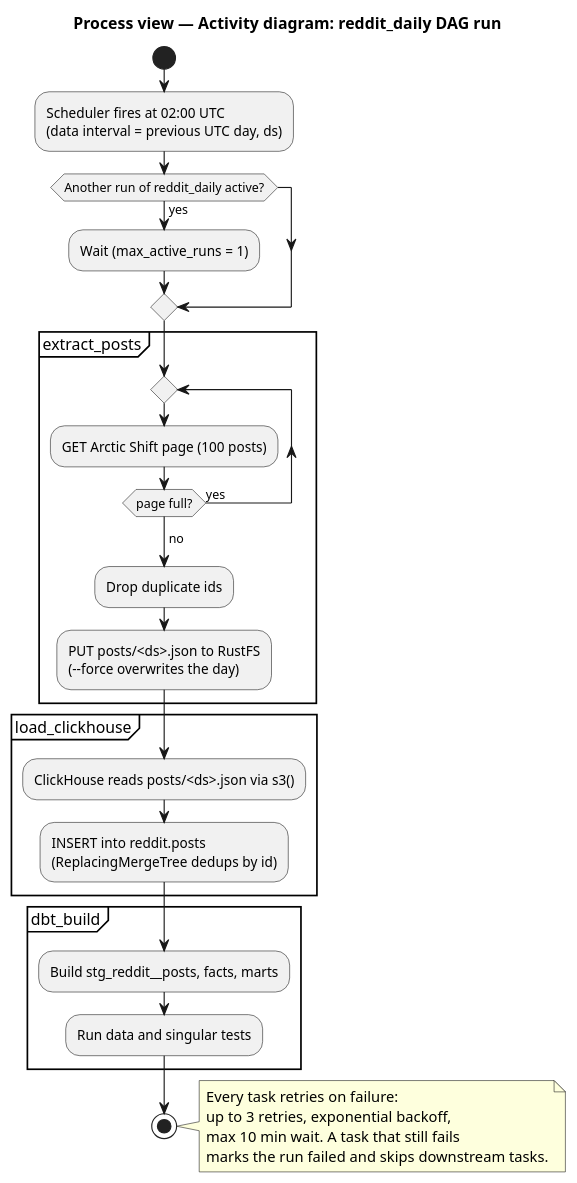
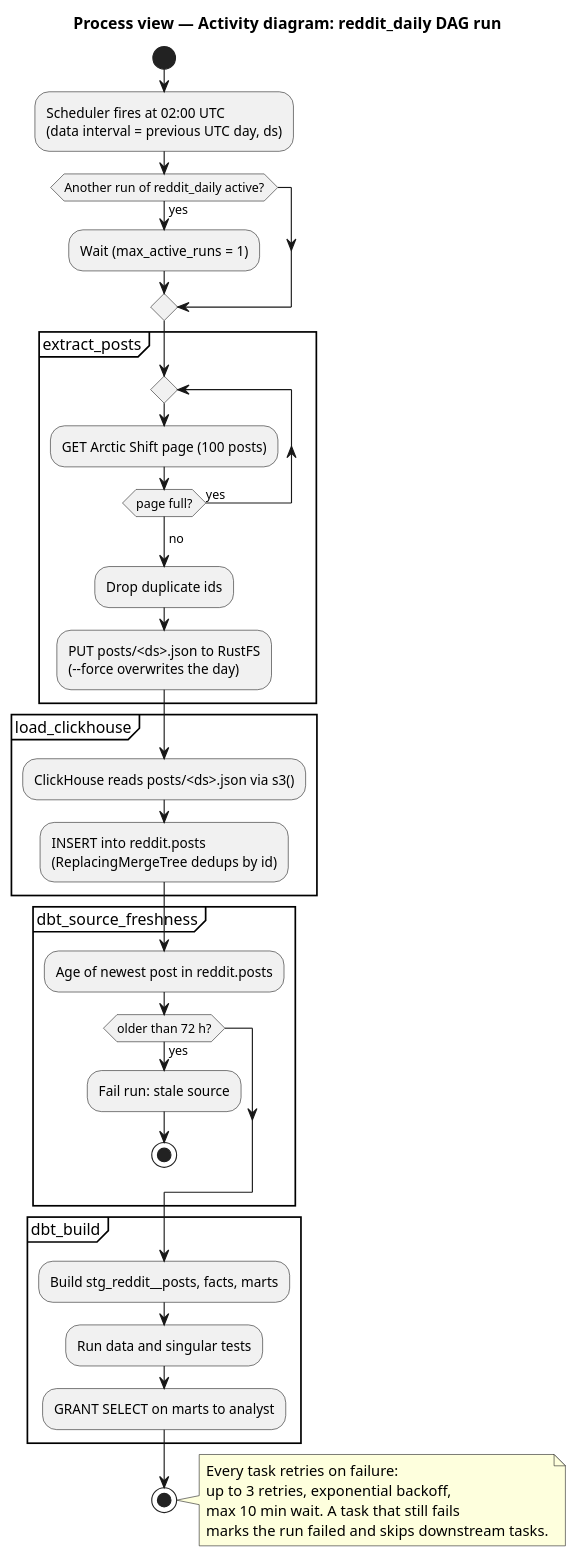
The diagram in docs/architecture/diagrams/activity-dag.puml (modsomjeed/reddit-dataeng), drawn with PlantUML before and after one commit. The commit also changed 16 other files, not shown here.

Commit message:
docs(architecture): update views for dashboard, governance and freshness

```diff
--- a/docs/architecture/diagrams/activity-dag.puml
+++ b/docs/architecture/diagrams/activity-dag.puml
@@ -1,33 +1,41 @@
 @startuml activity-dag
 title Process view — Activity diagram: reddit_daily DAG run
 skinparam shadowing false
 
 start
 :Scheduler fires at 02:00 UTC\n(data interval = previous UTC day, ds);
 if (Another run of reddit_daily active?) then (yes)
   :Wait (max_active_runs = 1);
 endif
 partition "extract_posts" {
   repeat
     :GET Arctic Shift page (100 posts);
   repeat while (page full?) is (yes)
   ->no;
   :Drop duplicate ids;
   :PUT posts/<ds>.json to RustFS\n(--force overwrites the day);
 }
 partition "load_clickhouse" {
   :ClickHouse reads posts/<ds>.json via s3();
   :INSERT into reddit.posts\n(ReplacingMergeTree dedups by id);
 }
+partition "dbt_source_freshness" {
+  :Age of newest post in reddit.posts;
+  if (older than 72 h?) then (yes)
+    :Fail run: stale source;
+    stop
+  endif
+}
 partition "dbt_build" {
   :Build stg_reddit__posts, facts, marts;
   :Run data and singular tests;
+  :GRANT SELECT on marts to analyst;
 }
 stop
 note right
   Every task retries on failure:
   up to 3 retries, exponential backoff,
   max 10 min wait. A task that still fails
   marks the run failed and skips downstream tasks.
 end note
 @enduml
```
